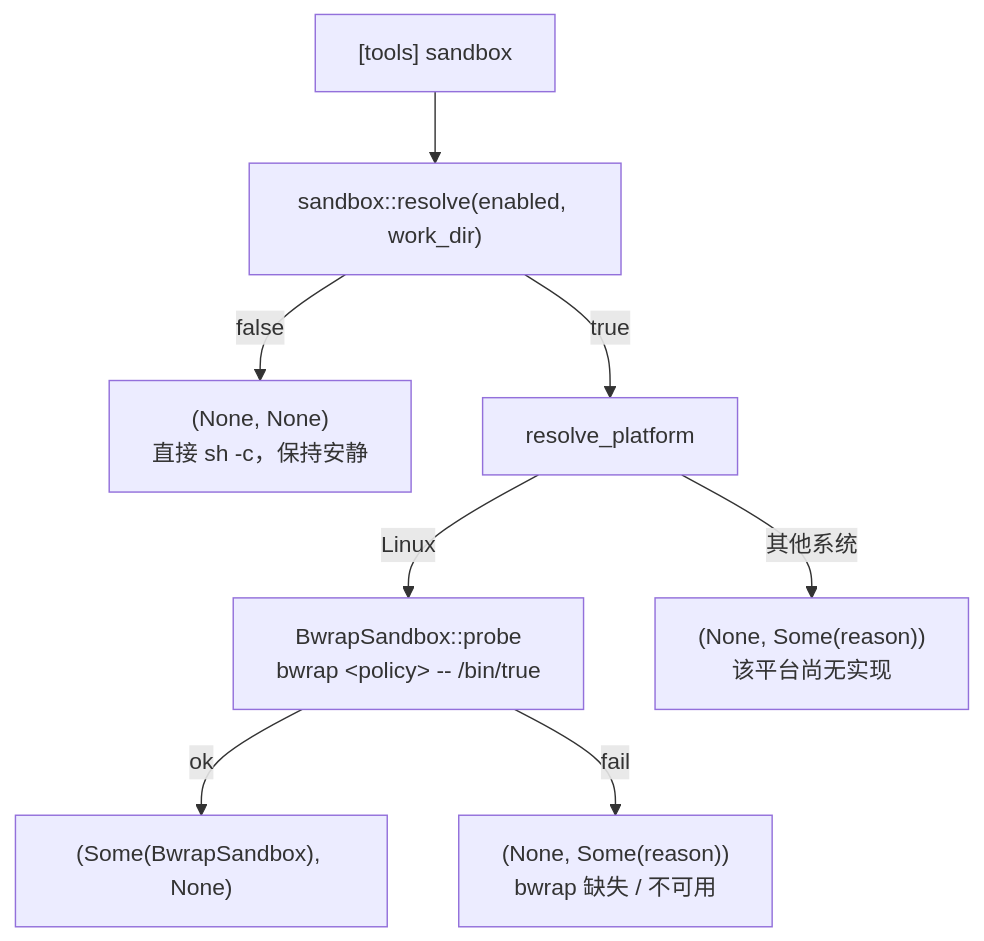
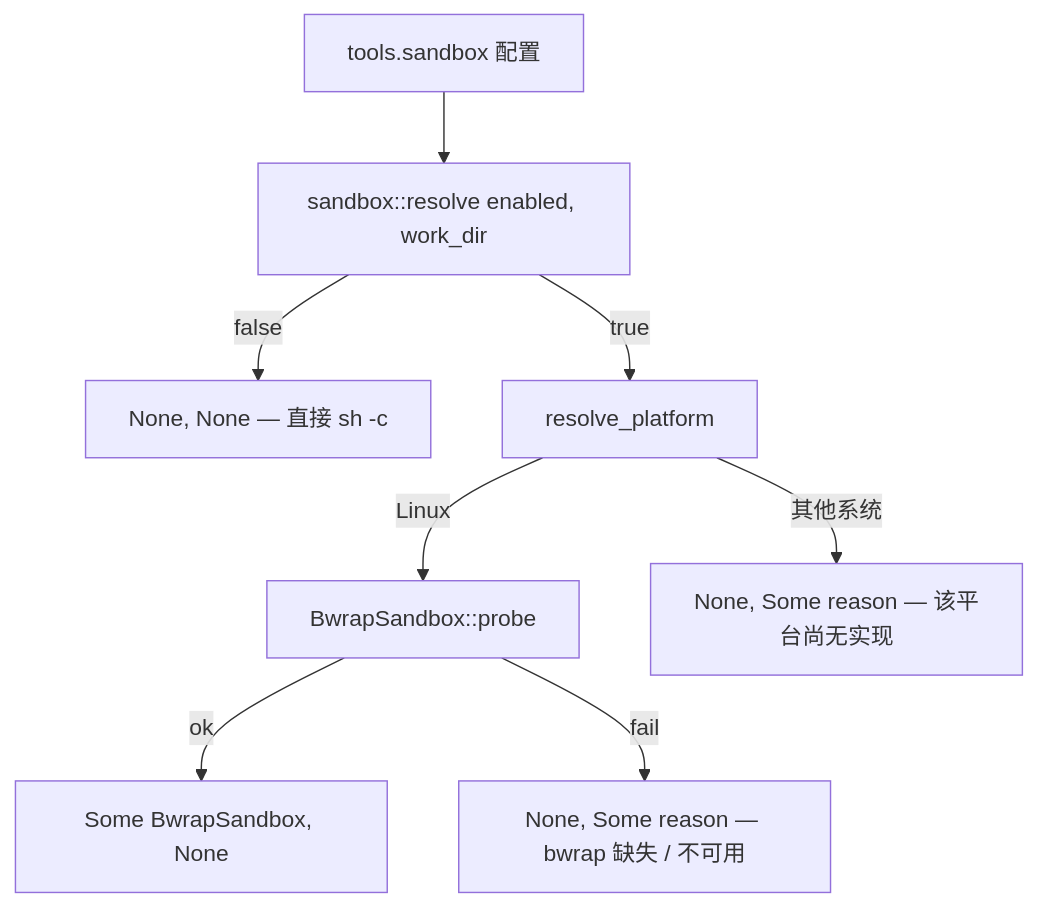
One commit to rust-infra/tact changed the first of 2 diagrams in book/27_chapter_sandbox_zh.md. Above: the diagram before and after it, drawn with Mermaid. The commit also changed other lines of this file and 303 other files, not shown here.

````diff
--- a/book/27_chapter_sandbox_zh.md
+++ b/book/27_chapter_sandbox_zh.md
@@ -49,10 +47,10 @@
 ```mermaid
-flowchart TD
-    CFG["[tools] sandbox"] --> RESOLVE["sandbox::resolve(enabled, work_dir)"]
-    RESOLVE -->|"false"| OFF["(None, None)<br/>直接 sh -c，保持安静"]
-    RESOLVE -->|"true"| PLAT["resolve_platform"]
-    PLAT -->|Linux| PROBE["BwrapSandbox::probe<br/>bwrap &lt;policy&gt; -- /bin/true"]
-    PLAT -->|"其他系统"| NOIMPL["(None, Some(reason))<br/>该平台尚无实现"]
-    PROBE -->|ok| ON["(Some(BwrapSandbox), None)"]
-    PROBE -->|fail| BROKEN["(None, Some(reason))<br/>bwrap 缺失 / 不可用"]
+graph TD
+    a_cfg[tools.sandbox 配置] --> b_resolve[sandbox::resolve enabled, work_dir]
+    b_resolve -->|false| c_off[None, None — 直接 sh -c]
+    b_resolve -->|true| d_plat[resolve_platform]
+    d_plat -->|Linux| e_probe[BwrapSandbox::probe]
+    d_plat -->|其他系统| f_noimpl[None, Some reason — 该平台尚无实现]
+    e_probe -->|ok| g_on[Some BwrapSandbox, None]
+    e_probe -->|fail| h_broken[None, Some reason — bwrap 缺失 / 不可用]
 ```
````
